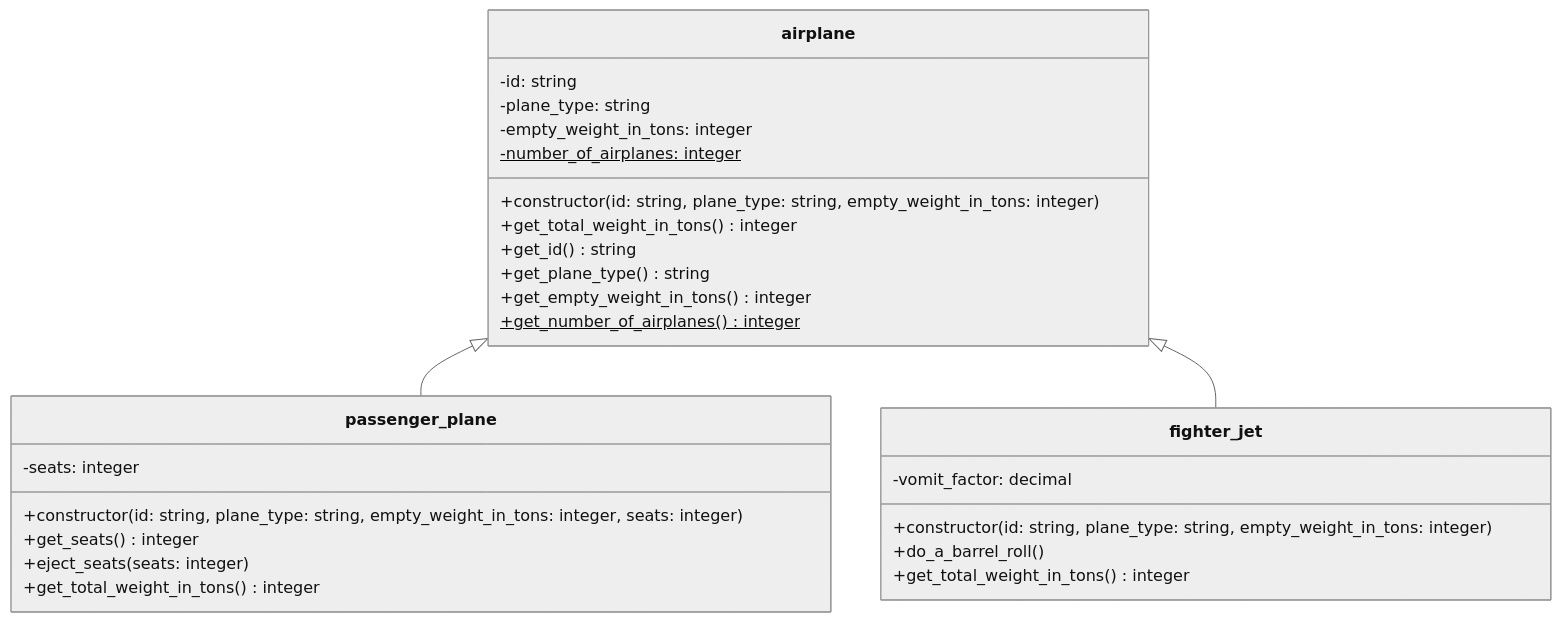
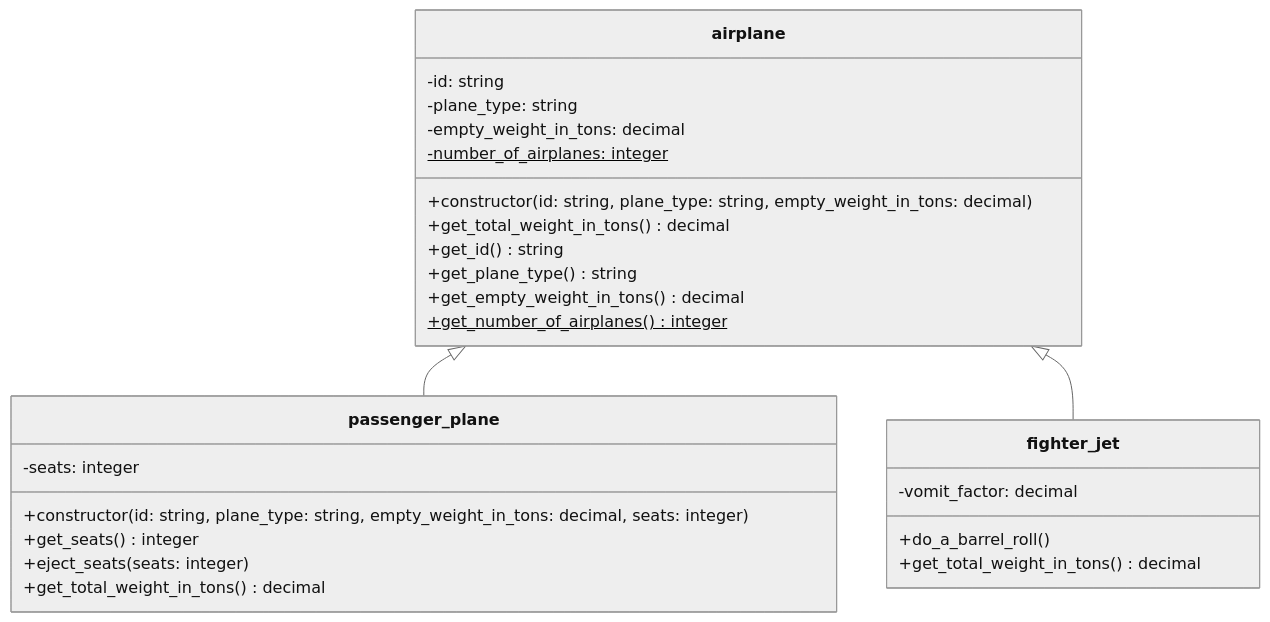
One commit to appenmaier/s4hana changed the diagram in docs/exercises/abap-objects/abap-objects-06.md. Above: the diagram before and after it, drawn with Mermaid (neutral theme). The commit also changed other lines of this file, not shown here.

````diff
--- a/docs/exercises/abap-objects/abap-objects-06.md
+++ b/docs/exercises/abap-objects/abap-objects-06.md
@@ -11,33 +11,32 @@
 ```mermaid
 classDiagram
    airplane <|-- passenger_plane
    airplane <|-- fighter_jet
 
    class airplane {
       -id: string
       -plane_type: string
-      -empty_weight_in_tons: integer
+      -empty_weight_in_tons: decimal
       -number_of_airplanes: integer$
-      +constructor(id: string, plane_type: string, empty_weight_in_tons: integer)
-      +get_total_weight_in_tons() integer
+      +constructor(id: string, plane_type: string, empty_weight_in_tons: decimal)
+      +get_total_weight_in_tons() decimal
       +get_id() string
       +get_plane_type() string
-      +get_empty_weight_in_tons() integer
+      +get_empty_weight_in_tons() decimal
       +get_number_of_airplanes() integer$
    }
 
    class passenger_plane {
       -seats: integer
-      +constructor(id: string, plane_type: string, empty_weight_in_tons: integer, seats: integer)
+      +constructor(id: string, plane_type: string, empty_weight_in_tons: decimal, seats: integer)
       +get_seats() integer
       +eject_seats(seats: integer)
-      +get_total_weight_in_tons() integer
+      +get_total_weight_in_tons() decimal
    }
 
    class fighter_jet {
       -vomit_factor: decimal
-      +constructor(id: string, plane_type: string, empty_weight_in_tons: integer)
       +do_a_barrel_roll()
-      +get_total_weight_in_tons() integer
+      +get_total_weight_in_tons() decimal
    }
 ```
````
